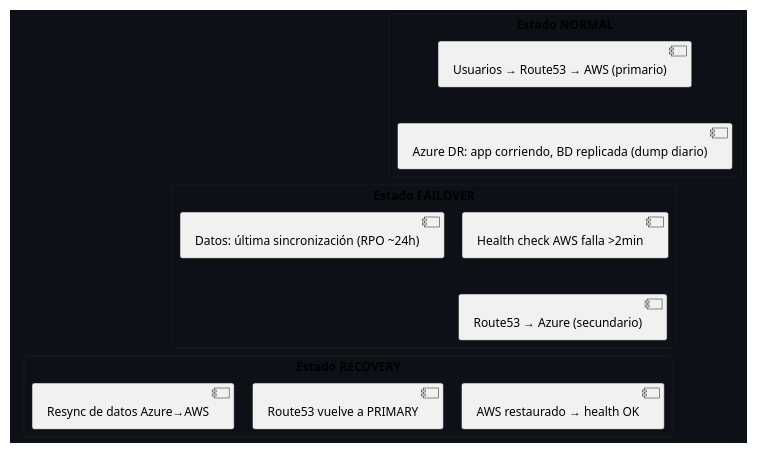
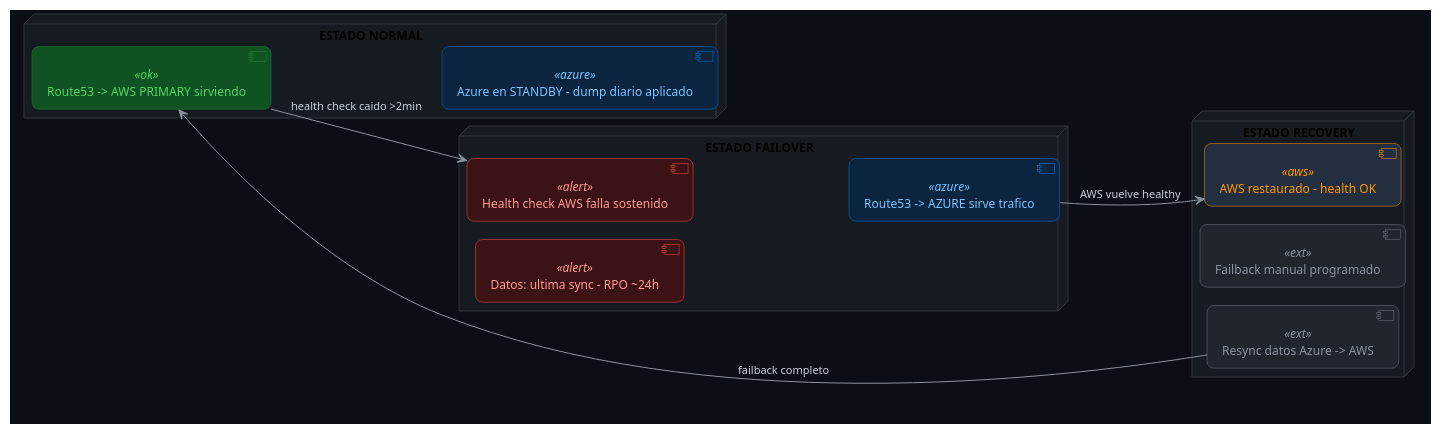
Diagram 11 of 11 in docs/despliegue-multicloud.md (Aisaac123/KeyNography-), drawn with PlantUML before and after one commit. The commit also changed other lines of this file, not shown here.

Commit message:
diagrams docs fix

````diff
--- a/docs/despliegue-multicloud.md
+++ b/docs/despliegue-multicloud.md
@@ -652,28 +1100,74 @@
 ```plantuml
 @startuml DR - Continuidad y Failover
+left to right direction
 !pragma layout smetana
-skinparam backgroundColor #0d1117
+skinparam backgroundColor #0B0E14
 skinparam shadowing false
+skinparam defaultFontName "Segoe UI"
 skinparam defaultFontSize 12
+skinparam roundcorner 14
+skinparam nodesep 40
+skinparam ranksep 60
+skinparam ArrowColor #8B949E
+skinparam ArrowFontColor #C9D1D9
+skinparam ArrowFontSize 11
+skinparam node {
+  BackgroundColor #161B22
+  BorderColor #30363D
+}
+skinparam component {
+  BackgroundColor #21262D
+  BorderColor #58A6FF
+  FontColor #C9D1D9
+}
+skinparam component<<aws>> {
+  BackgroundColor #232F3E
+  BorderColor #FF9900
+  FontColor #FF9900
+}
+skinparam component<<azure>> {
+  BackgroundColor #0B2540
+  BorderColor #0078D4
+  FontColor #7CC4FF
+}
+skinparam component<<ok>> {
+  BackgroundColor #0F5323
+  BorderColor #238636
+  FontColor #56D364
+}
+skinparam component<<alert>> {
+  BackgroundColor #3D1214
+  BorderColor #F85149
+  FontColor #FF9B95
+}
+skinparam component<<ext>> {
+  BackgroundColor #21262D
+  BorderColor #6E7681
+  FontColor #8B949E
+}
 
-rectangle "Estado NORMAL" {
-  component "Usuarios → Route53 → AWS (primario)" as n1
-  component "Azure DR: app corriendo, BD replicada (dump diario)" as n2
+node "ESTADO NORMAL" {
+  component "Route53 -> AWS PRIMARY sirviendo" as n1 <<ok>>
+  component "Azure en STANDBY - dump diario aplicado" as n2 <<azure>>
 }
-rectangle "Estado FAILOVER" {
-  component "Health check AWS falla >2min" as f1
-  component "Route53 → Azure (secundario)" as f2
-  component "Datos: última sincronización (RPO ~24h)" as f3
+node "ESTADO FAILOVER" {
+  component "Health check AWS falla sostenido" as f1 <<alert>>
+  component "Route53 -> AZURE sirve trafico" as f2 <<azure>>
+  component "Datos: ultima sync - RPO ~24h" as f3 <<alert>>
 }
-rectangle "Estado RECOVERY" {
-  component "AWS restaurado → health OK" as r1
-  component "Route53 vuelve a PRIMARY" as r2
-  component "Resync de datos Azure→AWS" as r3
+node "ESTADO RECOVERY" {
+  component "AWS restaurado - health OK" as r1 <<aws>>
+  component "Failback manual programado" as r2 <<ext>>
+  component "Resync datos Azure -> AWS" as r3 <<ext>>
 }
 
 n1 -[hidden]-> n2
 n2 -[hidden]-> f1
 f1 -[hidden]-> f2
 f2 -[hidden]-> r1
+
+n1 --> f1 : health check caido >2min
+f2 --> r1 : AWS vuelve healthy
+r3 --> n1 : failback completo
 @enduml
 ```
````
